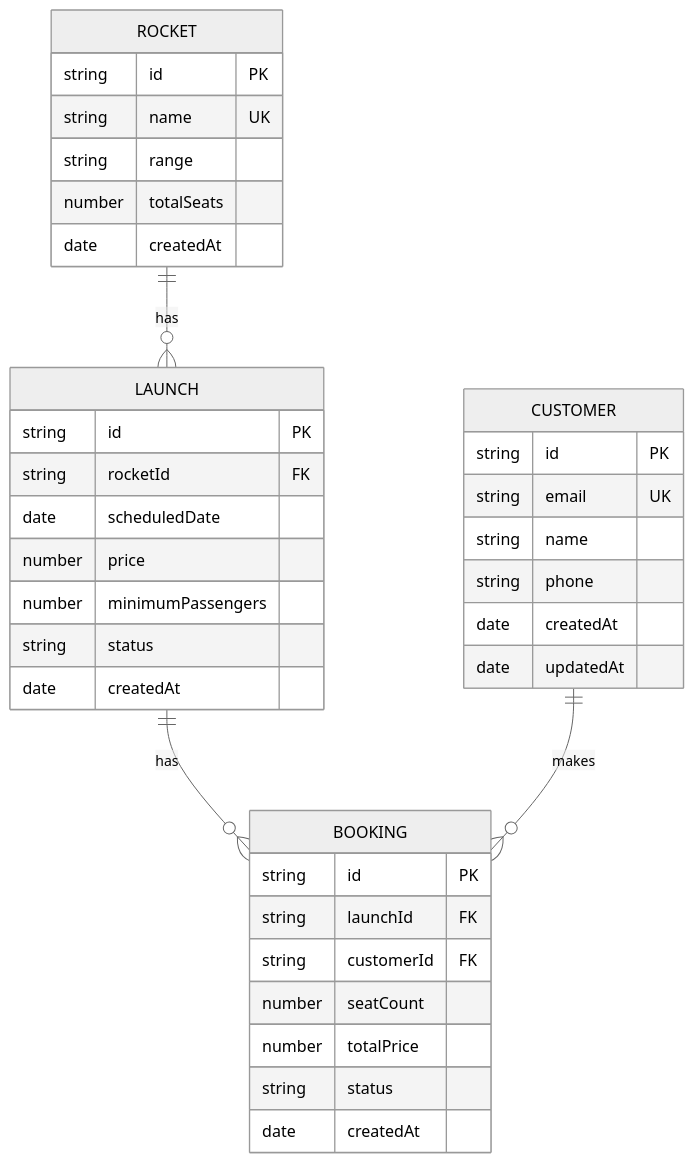
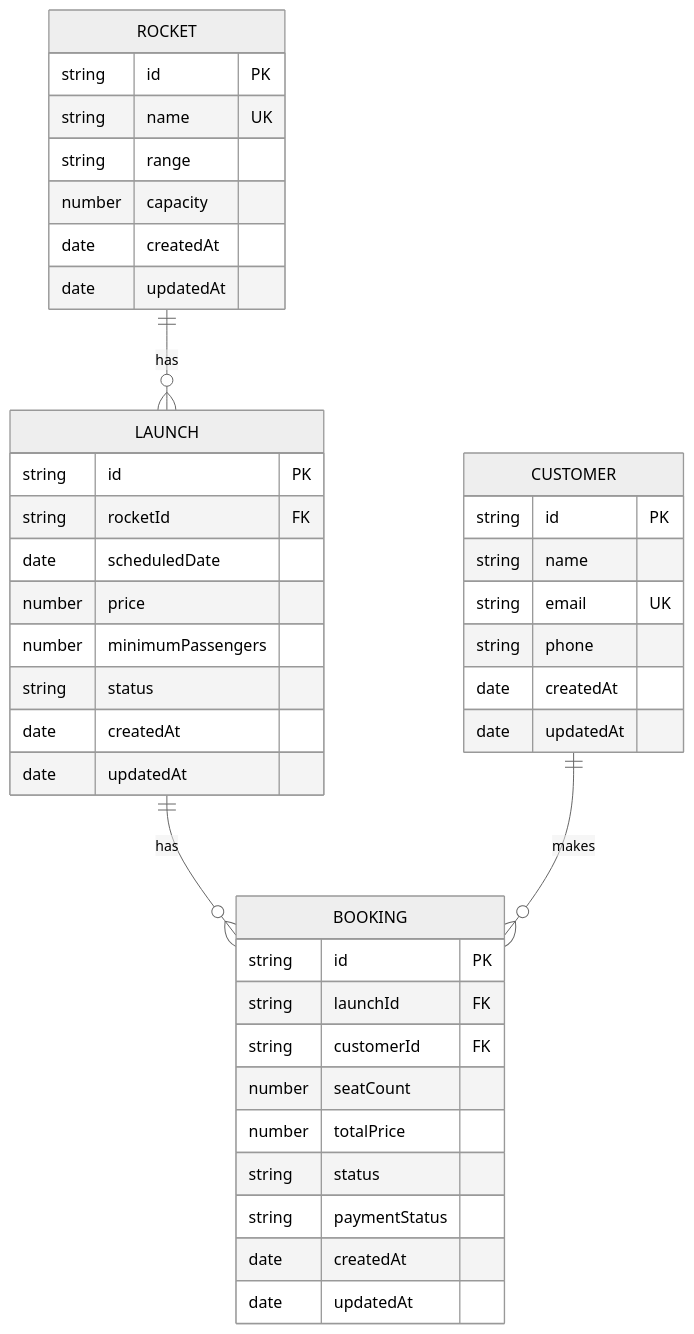
The diagram in project/ERM.md (AlbertoBasaloAcademy/astro-bookings-demo), drawn with Mermaid (neutral theme) before and after one commit. The commit also changed other lines of this file and 9 other files, not shown here.

````diff
--- a/project/ERM.md
+++ b/project/ERM.md
@@ -64,43 +67,47 @@
 ```mermaid
 erDiagram
-    ROCKET ||--o{ LAUNCH : "has"
-    LAUNCH ||--o{ BOOKING : "has"
-    CUSTOMER ||--o{ BOOKING : "makes"
-    
+    ROCKET ||--o{ LAUNCH : has
+    LAUNCH ||--o{ BOOKING : has
+    CUSTOMER ||--o{ BOOKING : makes
+
     ROCKET {
         string id PK
         string name UK
         string range
-        number totalSeats
+        number capacity
         date createdAt
+        date updatedAt
     }
-    
+
     LAUNCH {
         string id PK
         string rocketId FK
         date scheduledDate
         number price
         number minimumPassengers
         string status
         date createdAt
+        date updatedAt
     }
-    
+
     CUSTOMER {
         string id PK
+        string name
         string email UK
-        string name
         string phone
         date createdAt
         date updatedAt
     }
-    
+
     BOOKING {
         string id PK
         string launchId FK
         string customerId FK
         number seatCount
         number totalPrice
         string status
+        string paymentStatus
         date createdAt
+        date updatedAt
     }
 ```
````
